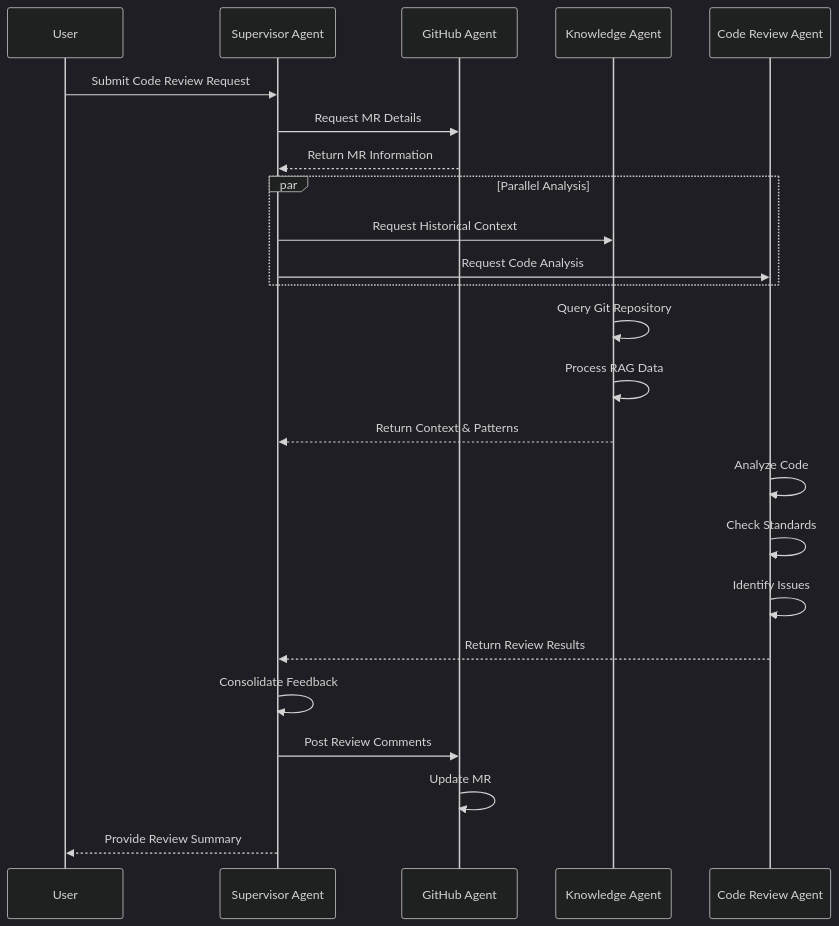
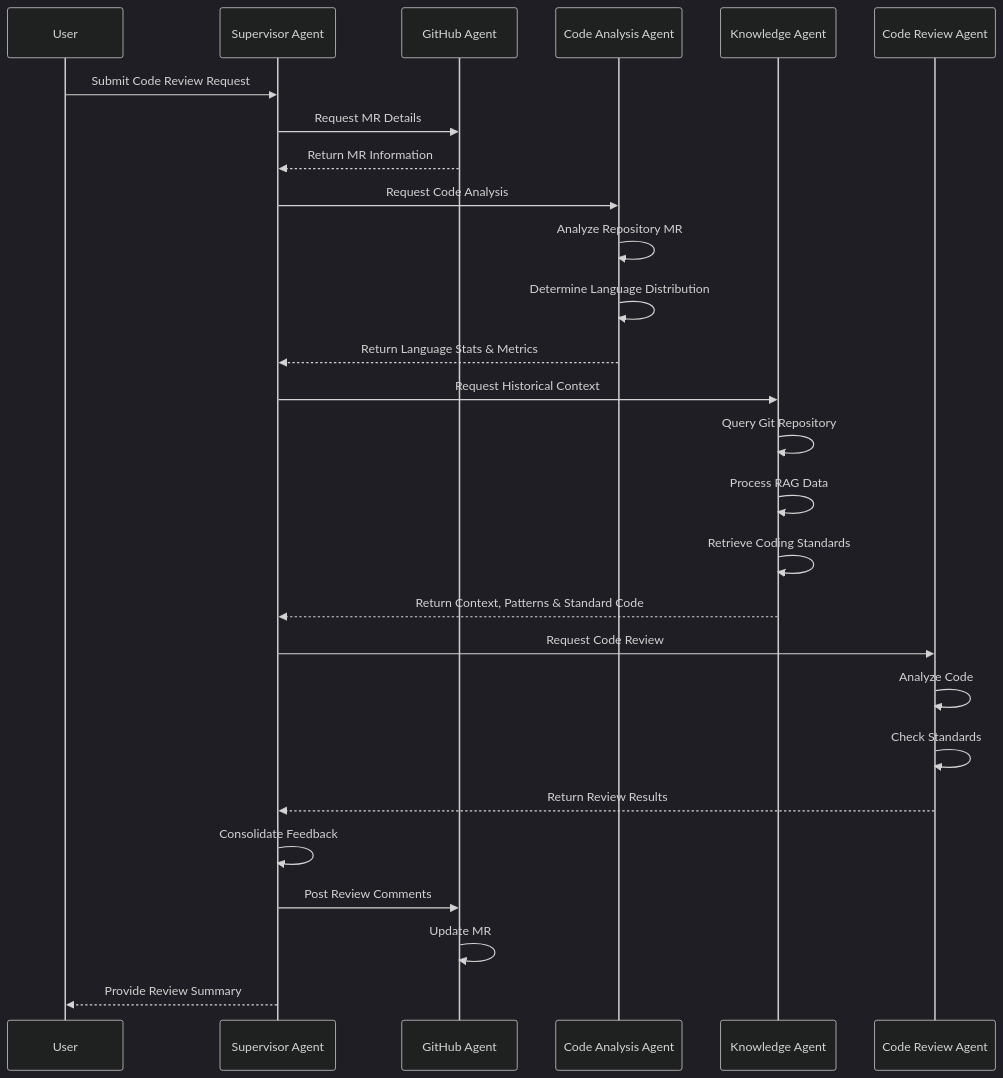
Before and after one commit to chinnawant/agent-review-code: the second of 2 diagrams in readme.md, drawn with Mermaid (dark theme). The commit also changed other lines of this file, not shown here.

````diff
--- a/readme.md
+++ b/readme.md
@@ -64,41 +69,44 @@
 ```mermaid
 sequenceDiagram
     participant User
     participant SA as Supervisor Agent
     participant GH as GitHub Agent
+    participant CA as Code Analysis Agent
     participant RD as Knowledge Agent
     participant CR as Code Review Agent
-
     User->>SA: Submit Code Review Request
     
     %% Step 1: Initial Processing
     SA->>GH: Request MR Details
     GH-->>SA: Return MR Information
     
-    %% Step 2: Parallel Processing
-    par Parallel Analysis
-        SA->>RD: Request Historical Context
-        SA->>CR: Request Code Analysis
-    end
+    %% Step 2: Code Analysis Agent Processing
+    SA->>CA: Request Code Analysis
+    CA->>CA: Analyze Repository MR
+    CA->>CA: Determine Language Distribution
+    CA-->>SA: Return Language Stats & Metrics
     
-    %% Step 3: R&D Agent Processing
+    
+    %% Step 4: R&D Agent Processing
+		SA->>RD: Request Historical Context
     RD->>RD: Query Git Repository
     RD->>RD: Process RAG Data
-    RD-->>SA: Return Context & Patterns
+    RD->>RD: Retrieve Coding Standards
+    RD-->>SA: Return Context, Patterns & Standard Code
     
-    %% Step 4: Code Review Processing
+    %% Step 5: Code Review Processing
+    SA->>CR: Request Code Review
     CR->>CR: Analyze Code
     CR->>CR: Check Standards
-    CR->>CR: Identify Issues
     CR-->>SA: Return Review Results
     
-    %% Step 5: Consolidation
+    %% Step 6: Consolidation
     SA->>SA: Consolidate Feedback
     
-    %% Step 6: Posting Results
+    %% Step 7: Posting Results
     SA->>GH: Post Review Comments
     GH->>GH: Update MR
     
-    %% Step 7: Final Response
+    %% Step 8: Final Response
     SA-->>User: Provide Review Summary
 ```
````
